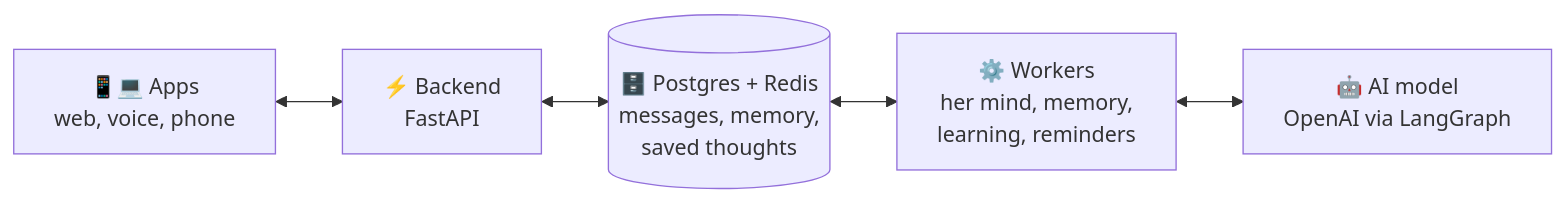
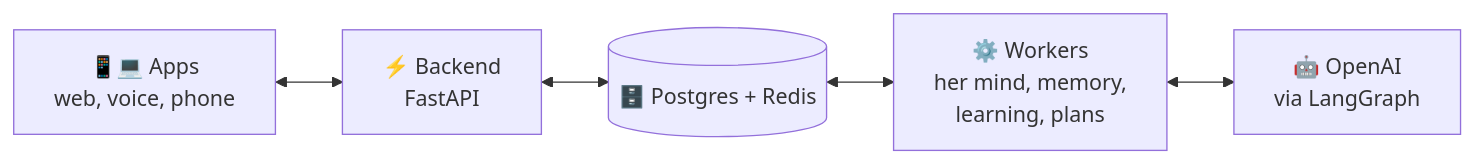
Before and after one commit to vingilbee/jophiel: the eighth of 8 diagrams in README.md, drawn with Mermaid. The commit also changed other lines of this file, not shown here.

````diff
--- a/README.md
+++ b/README.md
@@ -236,7 +245,7 @@
 ```mermaid
 flowchart LR
     Apps["📱💻 Apps<br/>web, voice, phone"] <--> API["⚡ Backend<br/>FastAPI"]
-    API <--> DB[("🗄️ Postgres + Redis<br/>messages, memory,<br/>saved thoughts")]
-    DB <--> Workers["⚙️ Workers<br/>her mind, memory,<br/>learning, reminders"]
-    Workers <--> AI["🤖 AI model<br/>OpenAI via LangGraph"]
+    API <--> DB[("🗄️ Postgres + Redis")]
+    DB <--> Workers["⚙️ Workers<br/>her mind, memory,<br/>learning, plans"]
+    Workers <--> AI["🤖 OpenAI<br/>via LangGraph"]
 ```
````
